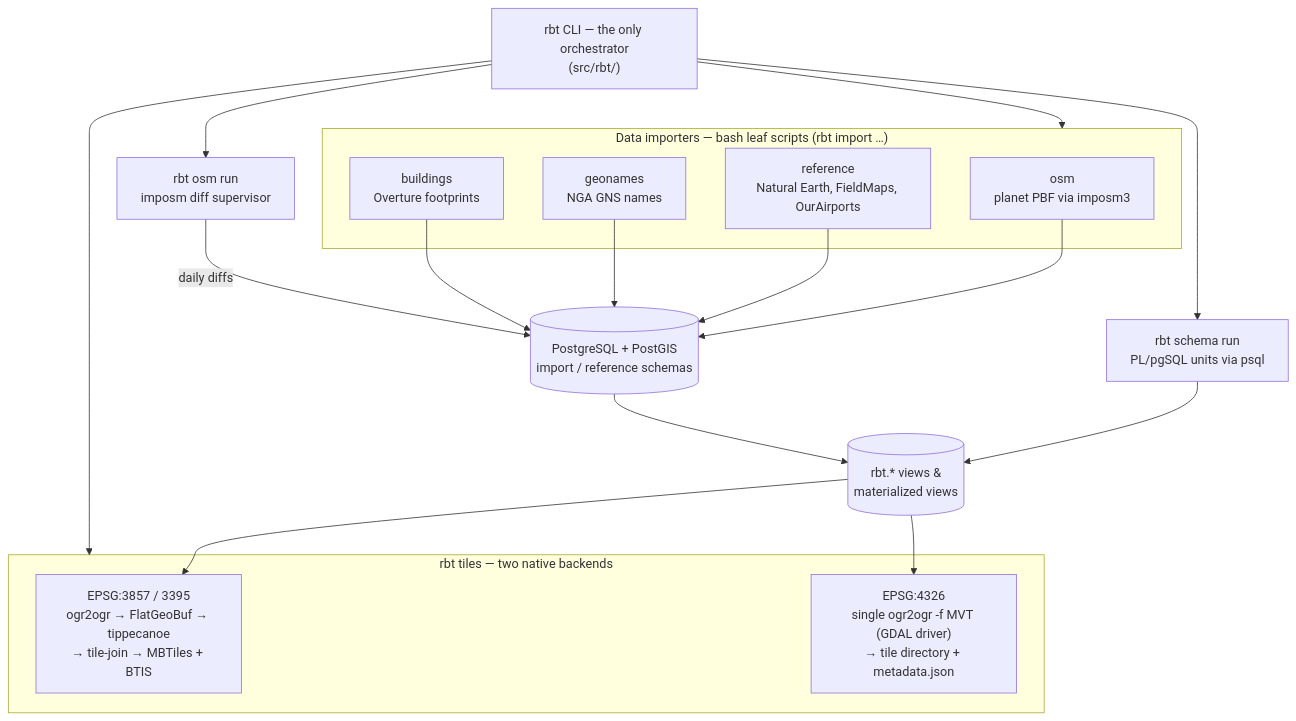
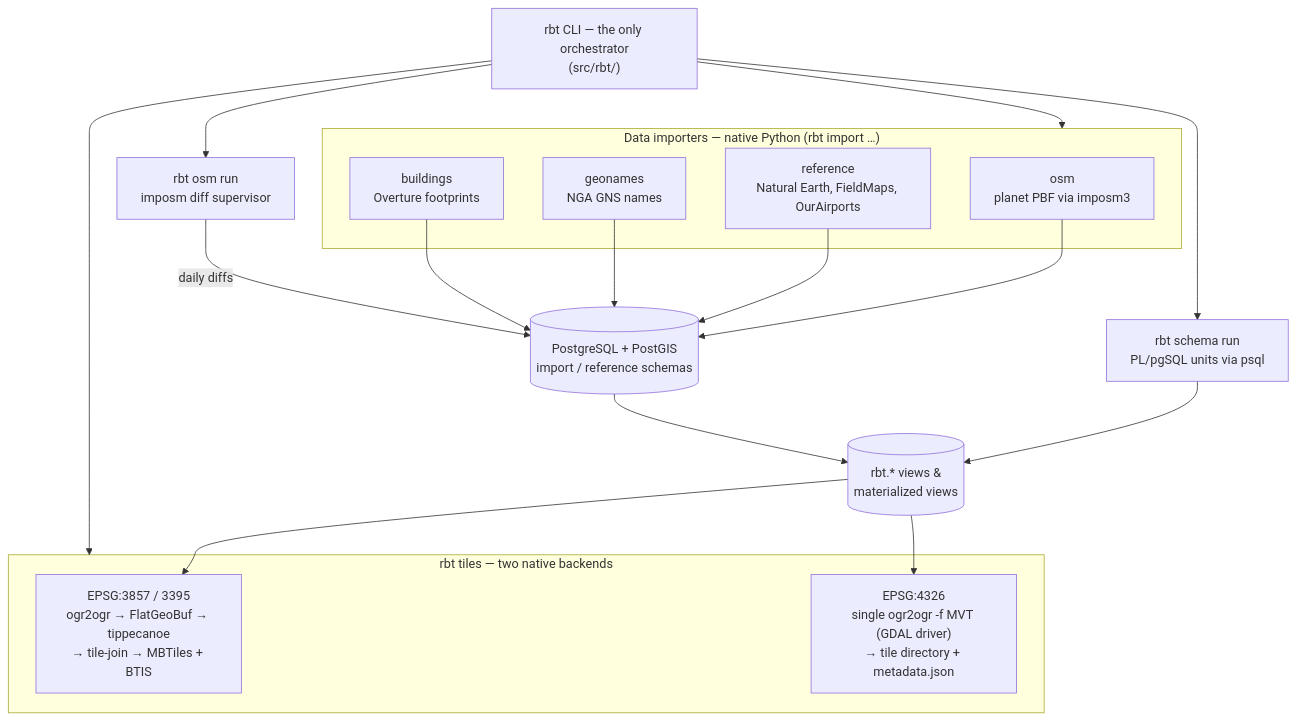
Before and after one commit to mjj203/rbt-data-generator: the first of 4 diagrams in docs/architecture.md, drawn with Mermaid. The commit also changed other lines of this file and 54 other files, not shown here.

First line of the commit message:
feat!: port the four data importers to native Python (#9)

````diff
--- a/docs/architecture.md
+++ b/docs/architecture.md
@@ -18,35 +18,35 @@
 ```mermaid
 graph TD
     CLI["rbt CLI — the only orchestrator<br/>(src/rbt/)"]
 
-    subgraph importers["Data importers — bash leaf scripts (rbt import …)"]
+    subgraph importers["Data importers — native Python (rbt import …)"]
         OSM["osm<br/>planet PBF via imposm3"]
         REF["reference<br/>Natural Earth, FieldMaps, OurAirports"]
         GEO["geonames<br/>NGA GNS names"]
         BLD["buildings<br/>Overture footprints"]
     end
 
     DB[("PostgreSQL + PostGIS<br/>import / reference schemas")]
     SCHEMA["rbt schema run<br/>PL/pgSQL units via psql"]
     VIEWS[("rbt.* views &<br/>materialized views")]
     UPD["rbt osm run<br/>imposm diff supervisor"]
 
     subgraph tiles["rbt tiles — two native backends"]
         MERC["EPSG:3857 / 3395<br/>ogr2ogr → FlatGeoBuf → tippecanoe<br/>→ tile-join → MBTiles + BTIS"]
         MVT["EPSG:4326<br/>single ogr2ogr -f MVT (GDAL driver)<br/>→ tile directory + metadata.json"]
     end
 
     CLI --> importers
     CLI --> SCHEMA
     CLI --> UPD
     CLI --> tiles
     OSM --> DB
     REF --> DB
     GEO --> DB
     BLD --> DB
     UPD -->|daily diffs| DB
     SCHEMA --> VIEWS
     DB --> VIEWS
     VIEWS --> MERC
     VIEWS --> MVT
 ```
````
